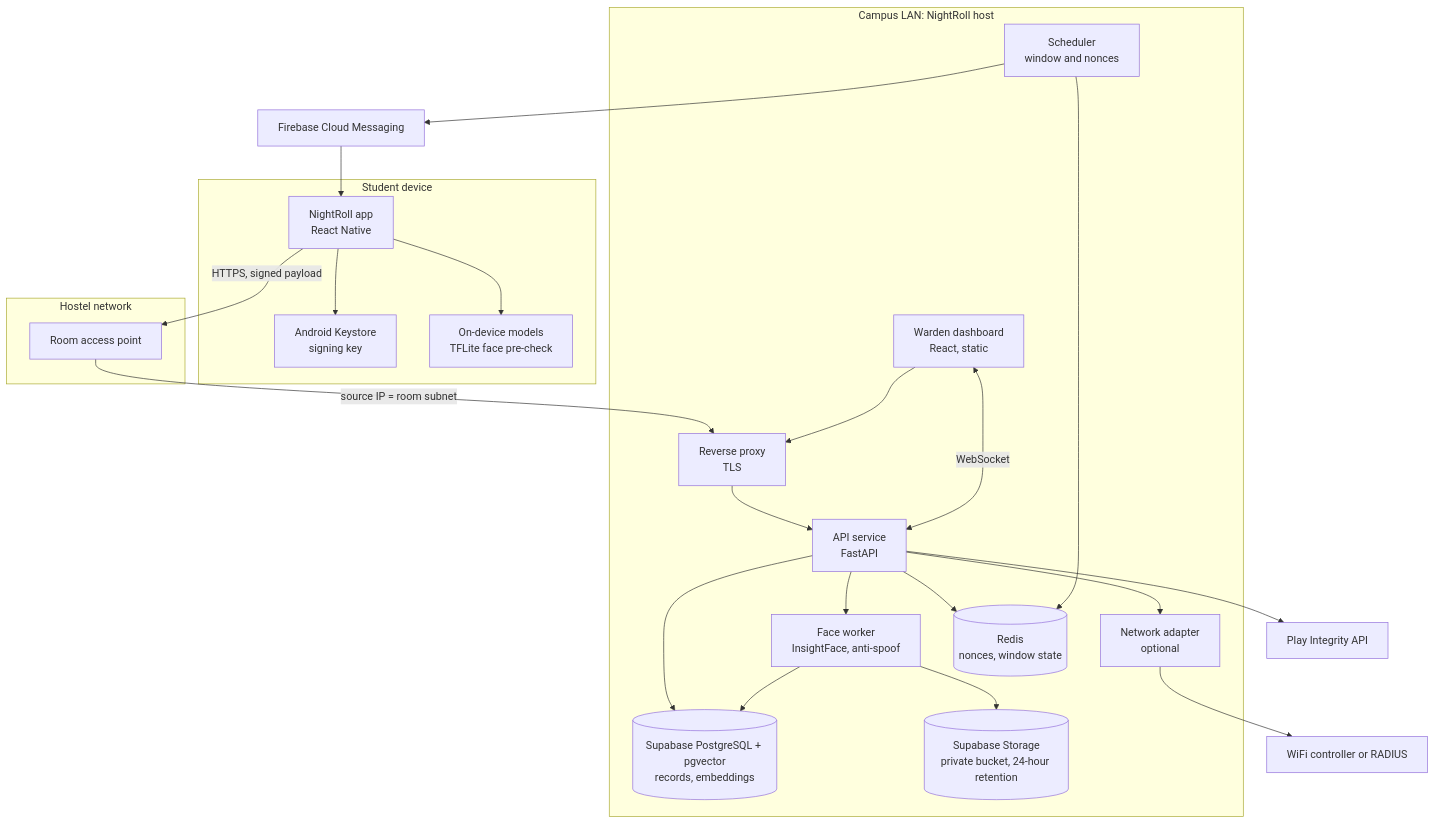
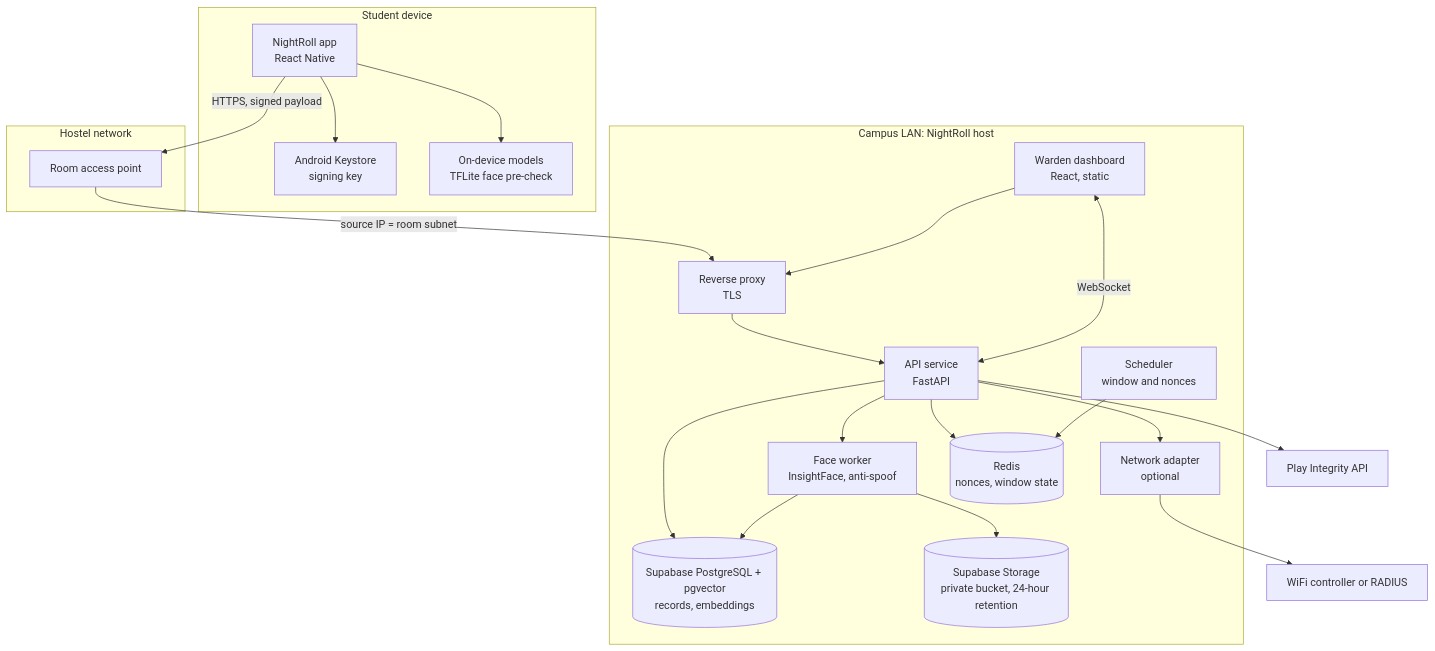
One commit to Rahul-8283/NightRoll changed the second of 10 diagrams in docs/architecture.md. Above: the diagram before and after it, drawn with Mermaid. The commit also changed other lines of this file and 14 other files, not shown here.

Commit message:
docs: replace Firebase push with open-app model across docs and phases

````diff
--- a/docs/architecture.md
+++ b/docs/architecture.md
@@ -78,47 +74,44 @@
 ```mermaid
 flowchart TB
     subgraph Device["Student device"]
         App["NightRoll app<br/>React Native"]
         Keystore["Android Keystore<br/>signing key"]
         Models["On-device models<br/>TFLite face pre-check"]
         App --> Keystore
         App --> Models
     end
 
     subgraph Network["Hostel network"]
         AP["Room access point"]
     end
 
     subgraph Campus["Campus LAN: NightRoll host"]
         Proxy["Reverse proxy<br/>TLS"]
         API["API service<br/>FastAPI"]
         Sched["Scheduler<br/>window and nonces"]
         Face["Face worker<br/>InsightFace, anti-spoof"]
         Adapter["Network adapter<br/>optional"]
         Redis[("Redis<br/>nonces, window state")]
         PG[("Supabase PostgreSQL + pgvector<br/>records, embeddings")]
         Frames[("Supabase Storage<br/>private bucket, 24-hour retention")]
         Dash["Warden dashboard<br/>React, static"]
     end
 
-    Ext1["Firebase Cloud Messaging"]
     Ext2["Play Integrity API"]
     Ext3["WiFi controller or RADIUS"]
 
     App -- "HTTPS, signed payload" --> AP
     AP -- "source IP = room subnet" --> Proxy
     Proxy --> API
     API --> Redis
     API --> PG
     API --> Face
     Face --> PG
     Face --> Frames
     Sched --> Redis
-    Sched --> Ext1
-    Ext1 --> App
     API --> Ext2
     Adapter --> Ext3
     API --> Adapter
     Dash <-- "WebSocket" --> API
     Dash --> Proxy
 ```
````
